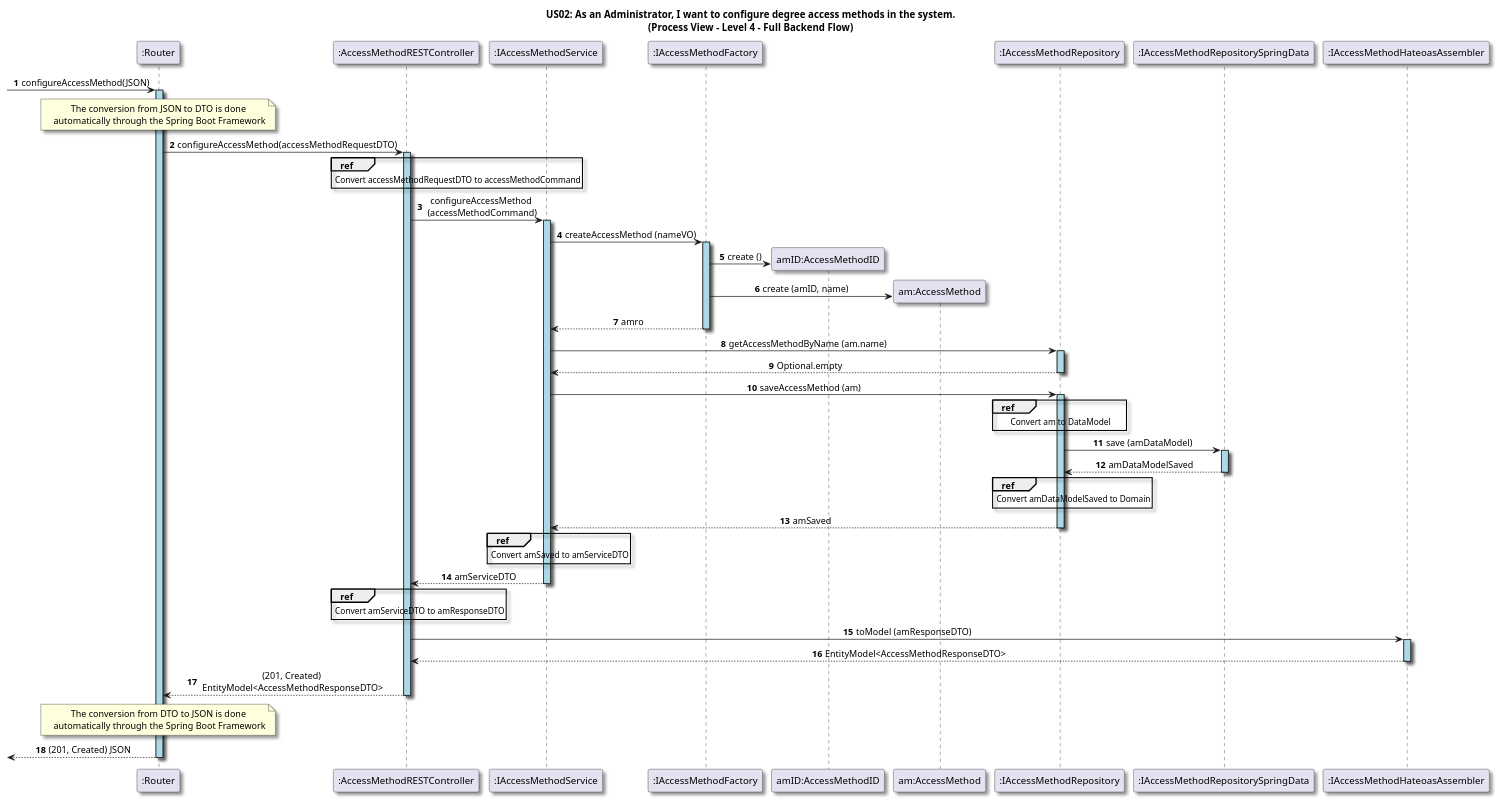
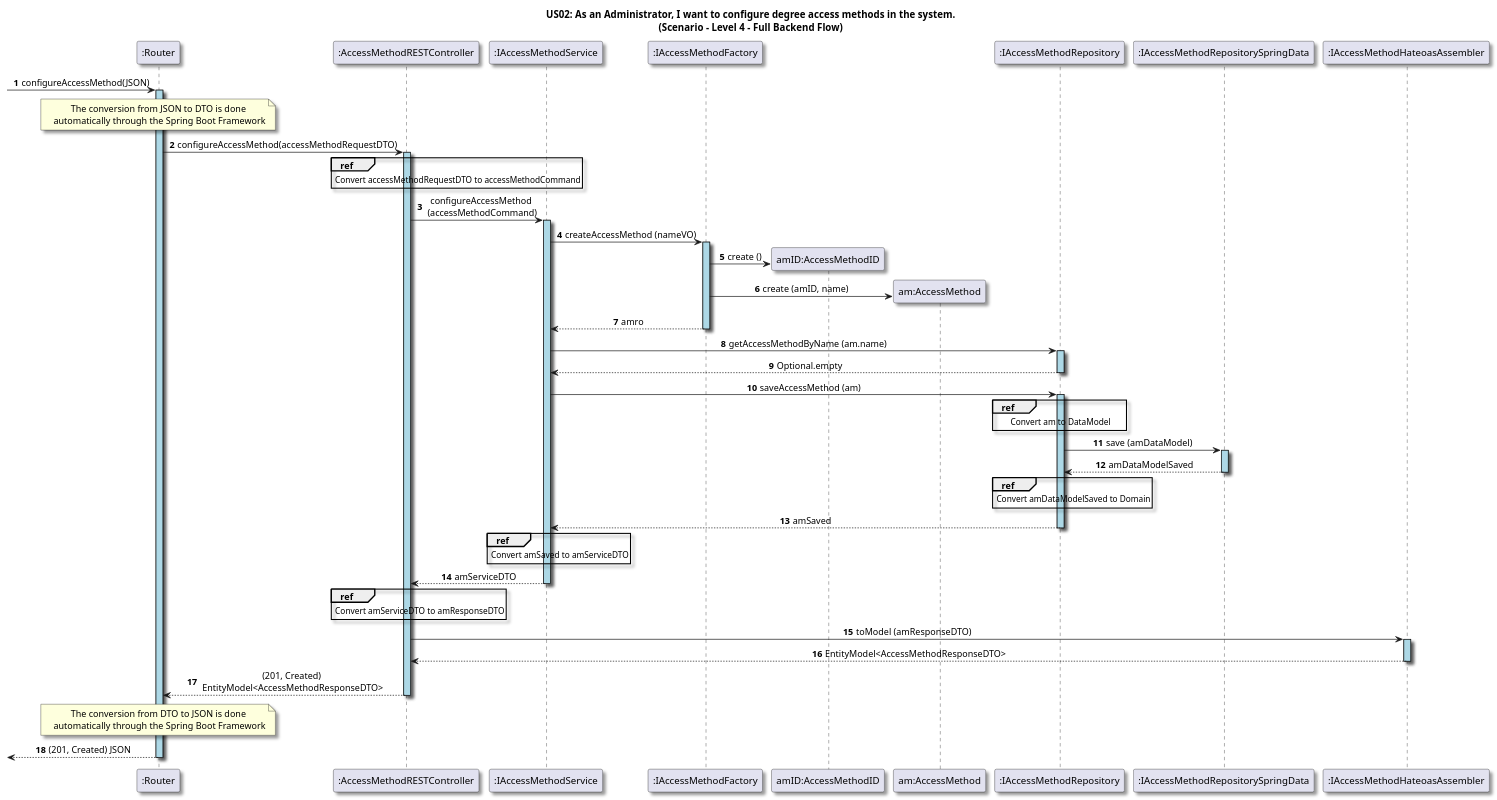
Before and after one commit to GasparISEP/DevOps-PAI: the diagram in docs/US02/Sprint6_RestAPI/Scenarios/Level4.puml, drawn with PlantUML. The commit also changed 1 other file, not shown here.

Commit message:
fix(diagrams): update titles in Scenario Level 3 and Level 4 diagrams for clarity in degree access methods configuration (#538 #554)

```diff
--- a/docs/US02/Sprint6_RestAPI/Scenarios/Level4.puml
+++ b/docs/US02/Sprint6_RestAPI/Scenarios/Level4.puml
@@ -3,95 +3,95 @@
 @startuml
 
-title US02: As an Administrator, I want to configure degree access methods in the system.\n(Process View - Level 4 - Full Backend Flow)
+title US02: As an Administrator, I want to configure degree access methods in the system.\n(Scenario - Level 4 - Full Backend Flow)
 
 skinparam defaultTextAlignment center
 skinparam shadowing true
 
 
 autonumber
 
 participant ":Router" as router
 -> router: configureAccessMethod(JSON)
 activate router #LightBlue
 note over router: The conversion from JSON to DTO is done\n automatically through the Spring Boot Framework
 
 participant ":AccessMethodRESTController" as Controller
 router -> Controller: configureAccessMethod(accessMethodRequestDTO)
 activate Controller #LightBlue
 
 ref over Controller
     Convert accessMethodRequestDTO to accessMethodCommand
 end
 
 participant ":IAccessMethodService" as Service
 Controller -> Service: configureAccessMethod\n (accessMethodCommand)
 activate Service #LightBlue
 
 
 participant ":IAccessMethodFactory" as Factory
 Service -> Factory: createAccessMethod (nameVO)
 activate Factory #LightBlue 
 
 create "amID:AccessMethodID"
 Factory -> "amID:AccessMethodID": create ()
 
 create "am:AccessMethod"
 Factory -> "am:AccessMethod": create (amID, name)
 
 Factory --> Service: amro
 deactivate Factory
 
 
 participant ":IAccessMethodRepository" as Repository
 Service -> Repository: getAccessMethodByName (am.name)
 activate Repository #LightBlue 
 Repository --> Service: Optional.empty
 deactivate Repository
 
 Service -> Repository: saveAccessMethod (am)
 activate Repository #LightBlue 
 
 ref over Repository
     Convert am to DataModel
 end
 
 participant ":IAccessMethodRepositorySpringData" as springDataRepository
 Repository -> springDataRepository: save (amDataModel)
 activate springDataRepository #LightBlue 
 springDataRepository --> Repository : amDataModelSaved
 deactivate springDataRepository
 
 ref over Repository
     Convert amDataModelSaved to Domain
 end
 
 Repository --> Service: amSaved
 deactivate Repository
 
 
 ref over Service
     Convert amSaved to amServiceDTO
 end
 
 Service --> Controller: amServiceDTO
 
 deactivate Service
 
 ref over Controller
     Convert amServiceDTO to amResponseDTO
 end
 
 participant ":IAccessMethodHateoasAssembler" as hateoasAssembler
 Controller -> hateoasAssembler: toModel (amResponseDTO)
 activate hateoasAssembler #LightBlue
 hateoasAssembler --> Controller: EntityModel<AccessMethodResponseDTO>
 deactivate hateoasAssembler #LightBlue
 Controller --> router: (201, Created)\n EntityModel<AccessMethodResponseDTO>
 deactivate Controller
 
 note over router: The conversion from DTO to JSON is done\n automatically through the Spring Boot Framework
 
 <-- router: (201, Created) JSON
 deactivate router
 
 @enduml
```
